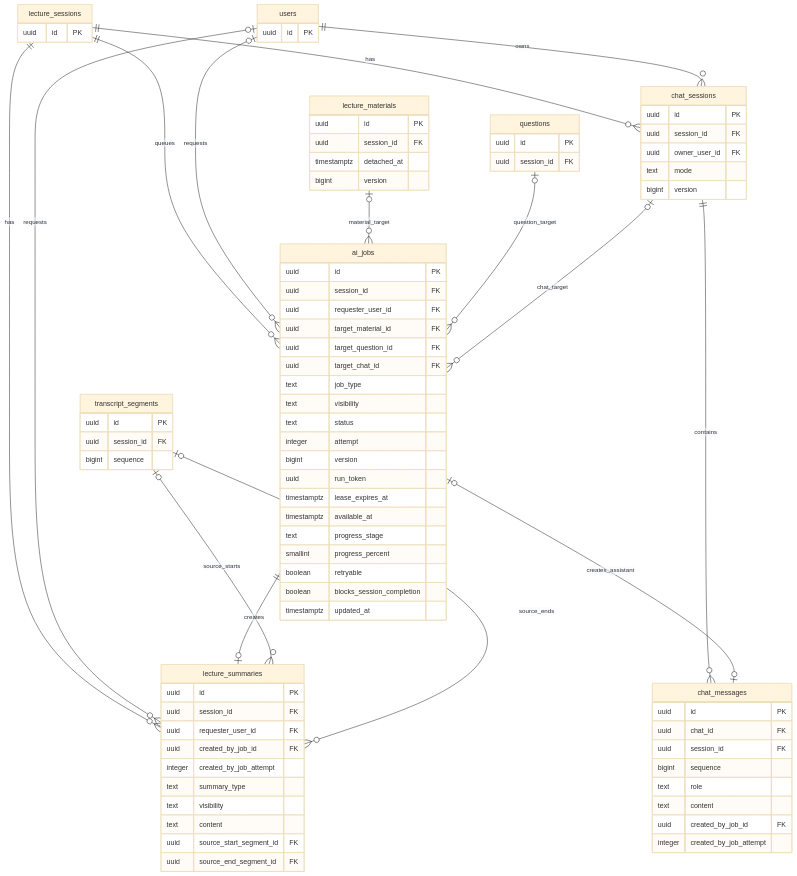
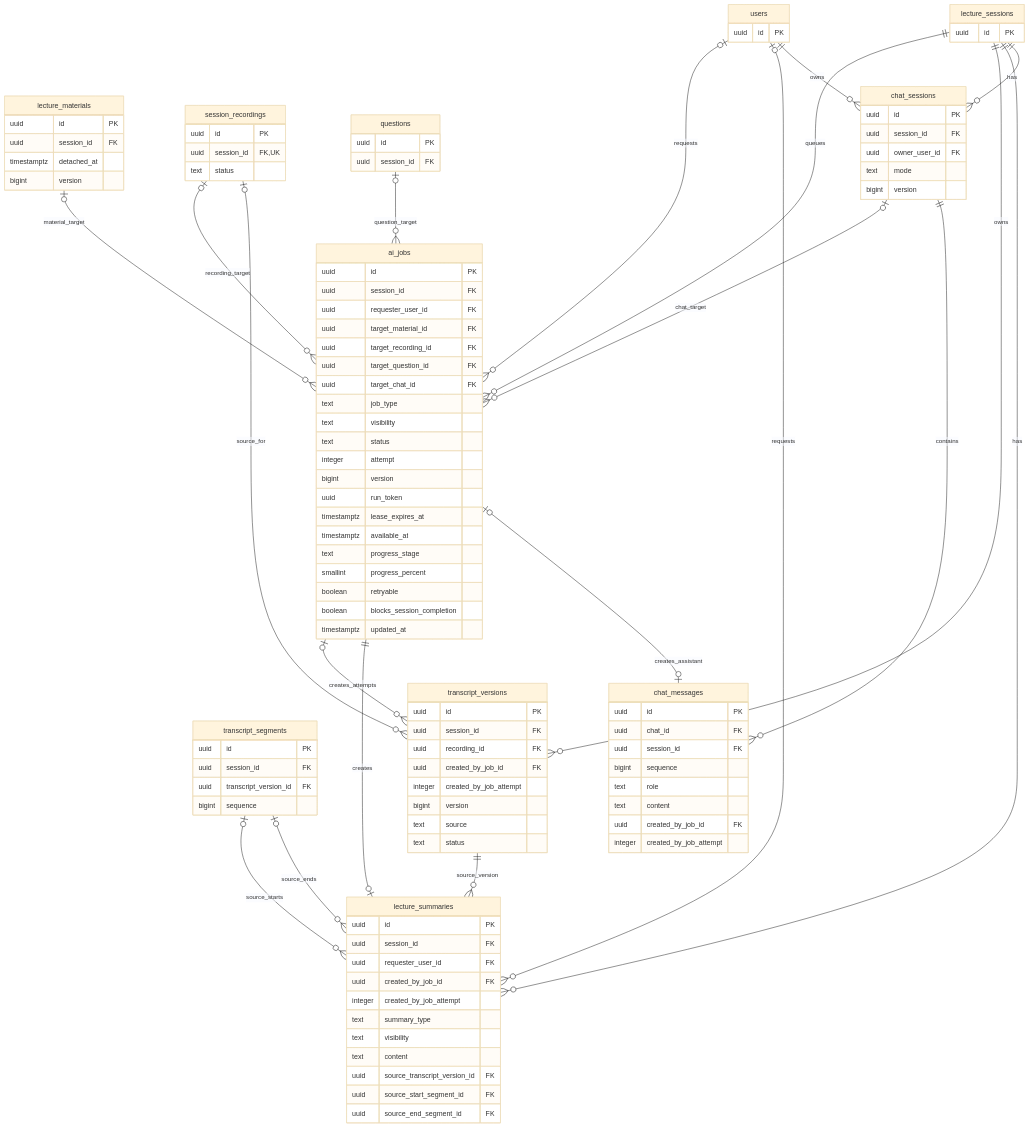
The fourth of 5 diagrams in docs/database/ERD.md (madcamp-official/26s-w2-c2-08), drawn with Mermaid (base theme) before and after one commit. The commit also changed other lines of this file and 1 other file, not shown here.

Commit message:
문서: Transcript version·시간축·Answer 재매핑 원장 정의

```diff
--- a/docs/database/ERD.md
+++ b/docs/database/ERD.md
@@ -365,6 +431,12 @@
         bigint version
     }
 
+    sessionRecordings["session_recordings"] {
+        uuid id PK
+        uuid session_id FK,UK
+        text status
+    }
+
     questions["questions"] {
         uuid id PK
         uuid session_id FK
@@ -373,7 +445,19 @@
     transcriptSegments["transcript_segments"] {
         uuid id PK
         uuid session_id FK
+        uuid transcript_version_id FK
         bigint sequence
+    }
+
+    transcriptVersions["transcript_versions"] {
+        uuid id PK
+        uuid session_id FK
+        uuid recording_id FK
+        uuid created_by_job_id FK
+        integer created_by_job_attempt
+        bigint version
+        text source
+        text status
     }
 
     aiJobs["ai_jobs"] {
@@ -381,6 +465,7 @@
         uuid session_id FK
         uuid requester_user_id FK
         uuid target_material_id FK
+        uuid target_recording_id FK
         uuid target_question_id FK
         uuid target_chat_id FK
         text job_type
@@ -407,6 +492,7 @@
         text summary_type
         text visibility
         text content
+        uuid source_transcript_version_id FK
         uuid source_start_segment_id FK
         uuid source_end_segment_id FK
     }
@@ -431,12 +517,17 @@
     }
 
     lectureSessions ||--o{ aiJobs : queues
+    lectureSessions ||--o{ transcriptVersions : owns
     users o|--o{ aiJobs : requests
     lectureMaterials o|--o{ aiJobs : material_target
+    sessionRecordings o|--o{ aiJobs : recording_target
     questions o|--o{ aiJobs : question_target
+    aiJobs o|--o{ transcriptVersions : creates_attempts
+    sessionRecordings o|--o{ transcriptVersions : source_for
     lectureSessions ||--o{ lectureSummaries : has
     users o|--o{ lectureSummaries : requests
     aiJobs ||--o| lectureSummaries : creates
+    transcriptVersions ||--o{ lectureSummaries : source_version
     transcriptSegments o|--o{ lectureSummaries : source_starts
     transcriptSegments o|--o{ lectureSummaries : source_ends
     lectureSessions ||--o{ chatSessions : has
```
